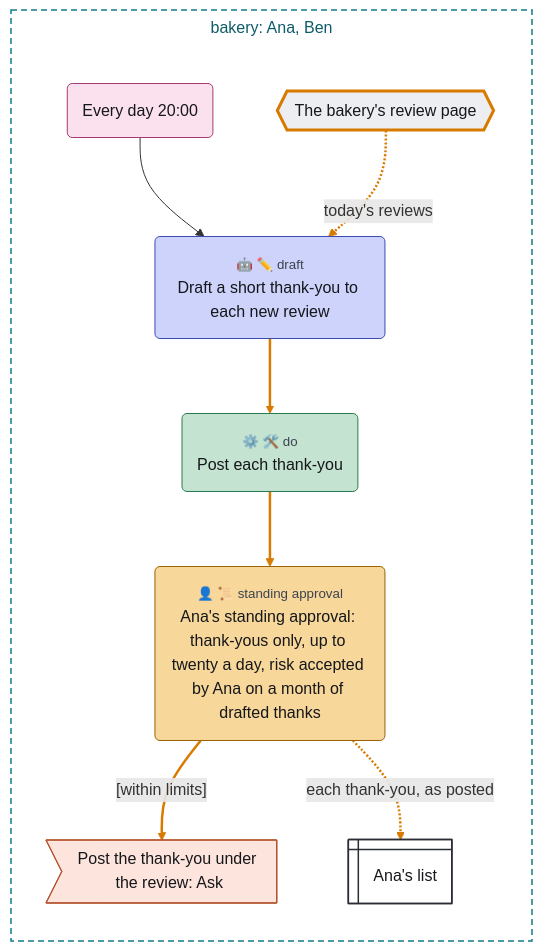
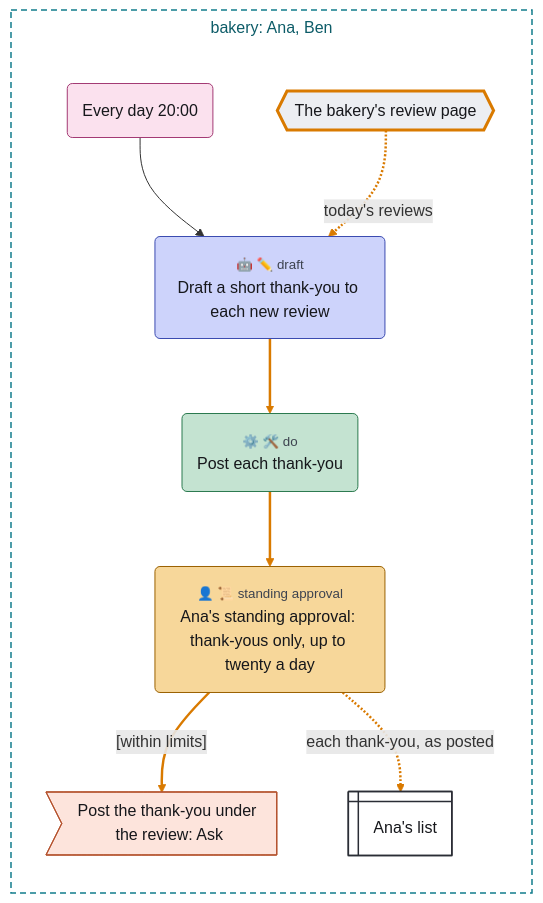
Before and after one commit to chrismdp/awml: the diagram in examples/tour/17-untrusted-risk-accepted.mmd, drawn with Mermaid. The commit also changed 109 other files, not shown here.

```diff
--- a/examples/tour/17-untrusted-risk-accepted.mmd
+++ b/examples/tour/17-untrusted-risk-accepted.mmd
@@ -1,49 +1,49 @@
 ---
 config:
   theme: default
   fontFamily: Inter, sans-serif
   flowchart:
     useMaxWidth: false
     subGraphTitleMargin:
       top: 6
       bottom: 30
 ---
 flowchart TB
   subgraph bakery["bakery#58; Ana#44; Ben"]
     direction TB
     evening("Every day 20#58;00")
     reviews{{"The bakery#39;s review page"}}
     draft("<small style='color:rgb(61,67,79)'>🤖 ✏️ draft</small><br>Draft a short thank#45;you to each new review")
     post("<small style='color:rgb(61,67,79)'>⚙️ 🛠️ do</small><br>Post each thank#45;you")
-    approval("<small style='color:rgb(61,67,79)'>👤 📜 standing approval</small><br>Ana#39;s standing approval#58; thank#45;yous only#44; up to twenty a day#44; risk accepted by Ana on a month of drafted thanks")
+    approval("<small style='color:rgb(61,67,79)'>👤 📜 standing approval</small><br>Ana#39;s standing approval#58; thank#45;yous only#44; up to twenty a day")
     reply>"Post the thank#45;you under the review#58; Ask"]
     list@{ shape: win-pane, label: "Ana#39;s list" }
   end
 
   evening --> draft
   reviews -.->|"today#39;s reviews"| draft
   draft --> post
   post --> approval
   approval -->|"#91;within limits#93;"| reply
   approval -.->|"each thank#45;you#44; as posted"| list
   classDef trig fill:#fbe1ee,stroke:#a33a74,color:#16171b
   classDef ctx fill:#e2eef9,stroke:#3d6fa3,color:#16171b
   classDef con fill:#eceef2,stroke:#5d6472,color:#16171b
   classDef surf fill:#ffffff,stroke:#2a2d35,stroke-width:1.5px,color:#16171b
   classDef out fill:#fde4dc,stroke:#b5532f,color:#16171b
   classDef ai fill:#cdd3fb,stroke:#3b4bb0,color:#16171b
   classDef code fill:#c4e3d1,stroke:#2b7a4f,color:#16171b
   classDef person fill:#f7d79a,stroke:#9a6100,color:#16171b
   classDef gap fill:#ffffff,stroke:#8a93a3,stroke-dasharray:4 3,color:#6b7280
   classDef untrusted stroke:#d97a00,stroke-width:3px
   classDef unstopped stroke:#d0342c,stroke-width:3px
   class evening trig
   class reviews con
   class list surf
   class reply out
   class draft ai
   class post code
   class approval person
   class reviews untrusted
   style bakery fill:transparent,stroke:#127c8c,stroke-width:1.5px,stroke-dasharray:6 4,color:#0d5c68
   linkStyle 1,2,3,4,5 stroke:#d97a00,stroke-width:2.5px
```
